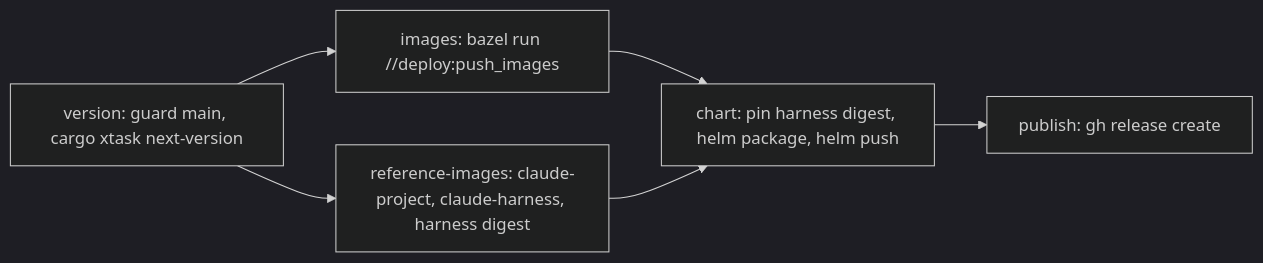
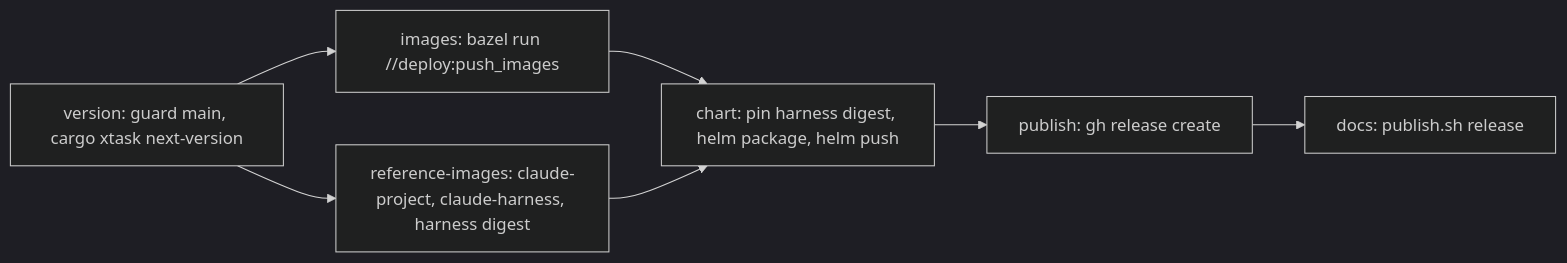
The diagram in docs/releasing.md (prskr/dark-factory), drawn with Mermaid (dark theme) before and after one commit. The commit also changed other lines of this file and 300 other files, not shown here.

````diff
--- a/docs/releasing.md
+++ b/docs/releasing.md
@@ -23,8 +23,9 @@
 ```mermaid
 flowchart LR
   A[version: guard main, cargo xtask next-version] --> B[images: bazel run //deploy:push_images]
   A --> C[reference-images: claude-project, claude-harness, harness digest]
   B --> D[chart: pin harness digest, helm package, helm push]
   C --> D
   D --> E[publish: gh release create]
+  E --> F[docs: publish.sh release]
 ```
````
